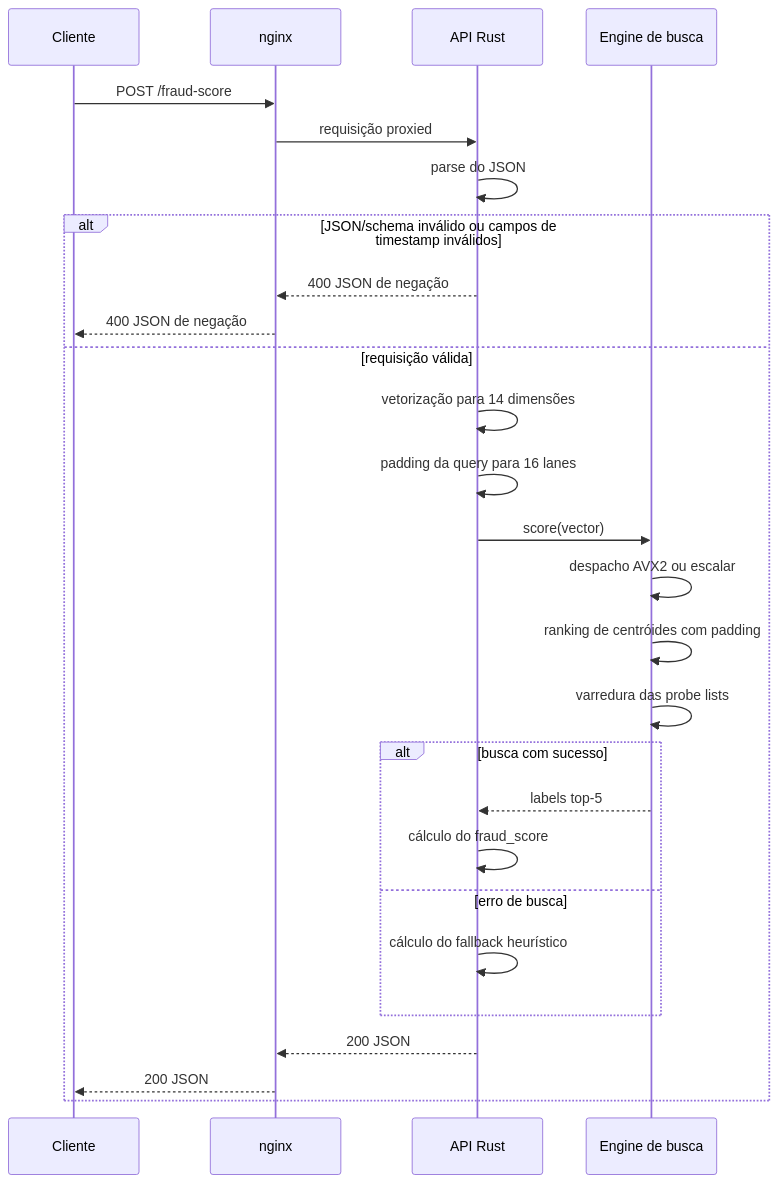
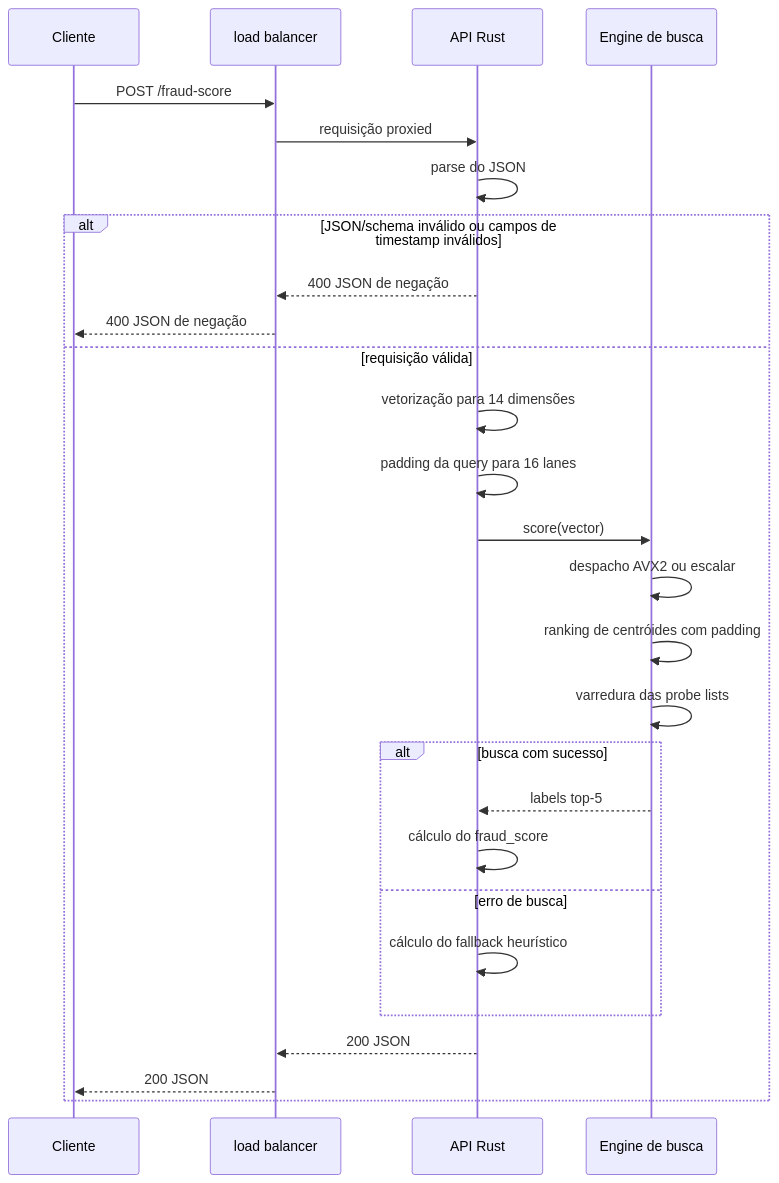
Before and after one commit to zanfranceschi/rinha-de-backend-2026: the fifth of 5 diagrams in docs/br/IMPLEMENTACAO_C4.md, drawn with Mermaid. The commit also changed other lines of this file and 8 other files, not shown here.

````diff
--- a/docs/br/IMPLEMENTACAO_C4.md
+++ b/docs/br/IMPLEMENTACAO_C4.md
@@ -140,30 +143,30 @@
 ```mermaid
 sequenceDiagram
     participant C as Cliente
-    participant N as nginx
+    participant L as load balancer
     participant A as API Rust
     participant S as Engine de busca
 
-    C->>N: POST /fraud-score
-    N->>A: requisição proxied
+    C->>L: POST /fraud-score
+    L->>A: requisição proxied
     A->>A: parse do JSON
     alt JSON/schema inválido ou campos de timestamp inválidos
-        A-->>N: 400 JSON de negação
-        N-->>C: 400 JSON de negação
+        A-->>L: 400 JSON de negação
+        L-->>C: 400 JSON de negação
     else requisição válida
         A->>A: vetorização para 14 dimensões
         A->>A: padding da query para 16 lanes
         A->>S: score(vector)
         S->>S: despacho AVX2 ou escalar
         S->>S: ranking de centróides com padding
         S->>S: varredura das probe lists
         alt busca com sucesso
             S-->>A: labels top-5
             A->>A: cálculo do fraud_score
         else erro de busca
             A->>A: cálculo do fallback heurístico
         end
-        A-->>N: 200 JSON
-        N-->>C: 200 JSON
+        A-->>L: 200 JSON
+        L-->>C: 200 JSON
     end
 ```
````
